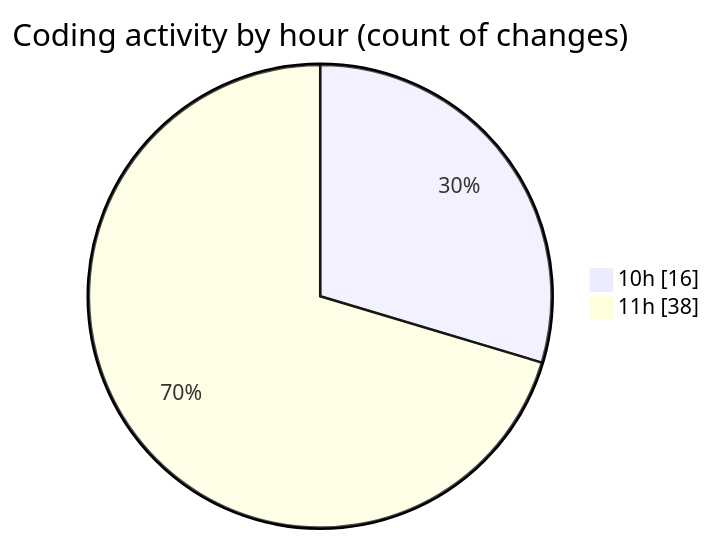
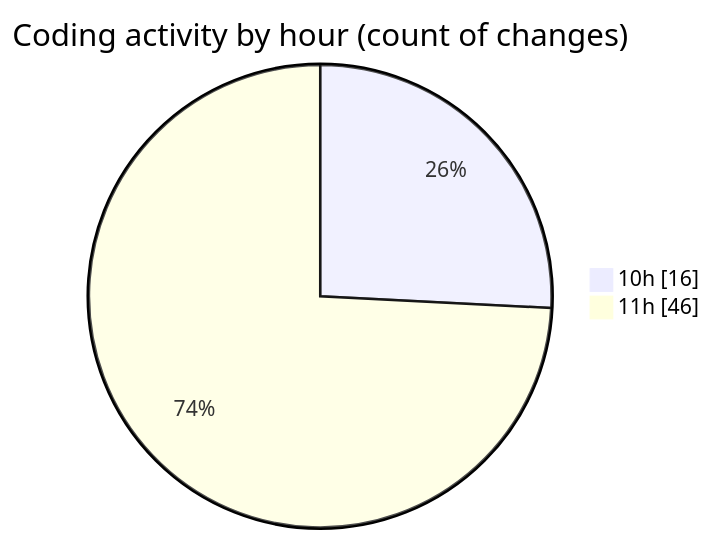
One commit to momahboobian/code-tracking changed the second of 2 diagrams in 2026-07-23/cda/README.md. Above: the diagram before and after it, drawn with Mermaid. The commit also changed other lines of this file and 1 other file, not shown here.

````diff
--- a/2026-07-23/cda/README.md
+++ b/2026-07-23/cda/README.md
@@ -35,6 +37,6 @@
 ```mermaid
 pie showData
 title Coding activity by hour (count of changes)
 "10h" : 16
-"11h" : 38
+"11h" : 46
 ```
````
